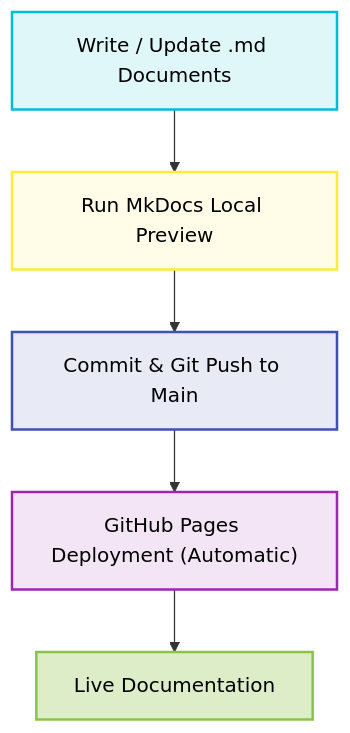
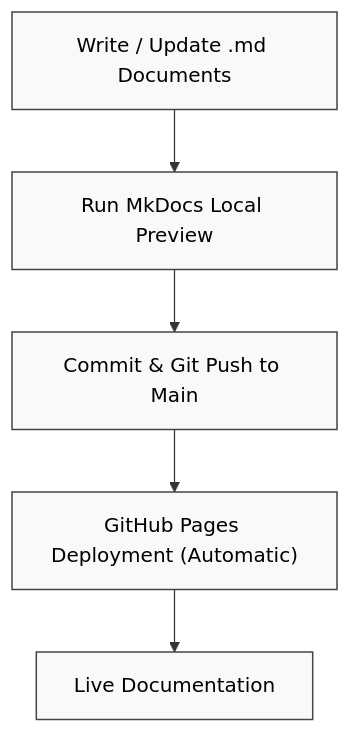
One commit to UMBE-LAB/CityBEM-Docs changed the diagram in README.md. Above: the diagram before and after it, drawn with Mermaid. The commit also changed other lines of this file, not shown here.

Commit message:
Revised the README.md file.

````diff
--- a/README.md
+++ b/README.md
@@ -72,14 +67,13 @@
 ```mermaid
 graph TD
+
     A["Write / Update .md Documents"] --> B
     B["Run MkDocs Local Preview"] --> C
     C["Commit & Git Push to Main"] --> D
     D["GitHub Pages Deployment (Automatic)"] --> E
     E["Live Documentation"]
 
-    style A fill:#E0F7FA, stroke:#00BCD4, stroke-width:2px, color:#000
-    style B fill:#FFFDE7, stroke:#FFEB3B, stroke-width:2px, color:#000
-    style C fill:#E8EAF6, stroke:#3F51B5, stroke-width:2px, color:#000
-    style D fill:#F3E5F5, stroke:#9C27B0, stroke-width:2px, color:#000
-    style E fill:#DCEDC8, stroke:#8BC34A, stroke-width:2px, color:#000
+    %% Professional neutral theme
+    classDef node fill:#f8f9fa,stroke:#444,stroke-width:1.2px,color:#000,border-radius:4px;
+    class A,B,C,D,E node;
 ```
````
